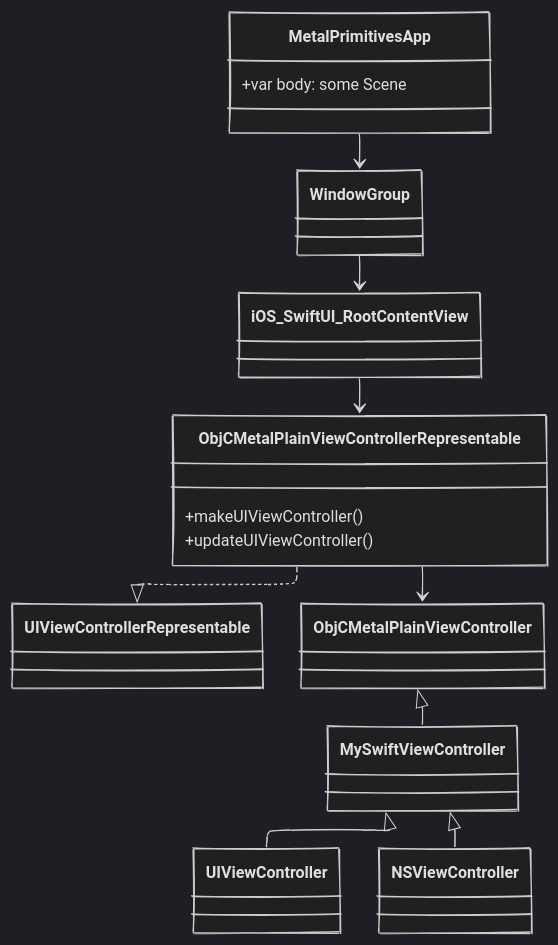
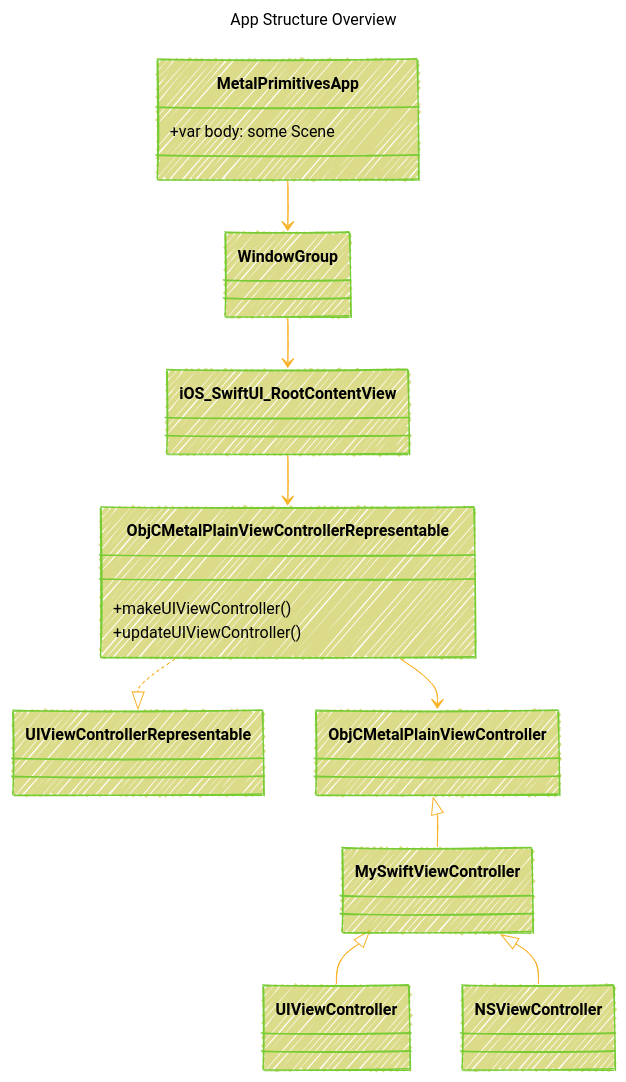
One commit to CongLeSolutionX/Metal-Primitives changed the second of 4 diagrams in README.md. Above: the diagram before and after it, drawn with Mermaid. The commit also changed other lines of this file, not shown here.

````diff
--- a/README.md
+++ b/README.md
@@ -116,34 +153,52 @@
 ```mermaid
 ---
+title: "App Structure Overview"
+author: "Cong Le"
+version: "1.0"
+license(s): "MIT, CC BY 4.0"
+copyright: "Copyright (c) 2025 Cong Le. All Rights Reserved."
 config:
-  layout: elk
   look: handDrawn
-  theme: dark
+  theme: base
 ---
+%%%%%%%% Mermaid version v11.4.1-b.14
+%%{
+  init: {
+    'classDiagram': { 'htmlLabels': false},
+    'fontFamily': 'Monospace',
+    'themeVariables': {
+      'primaryColor': '#BB28',
+      'primaryTextColor': '#000',
+      'lineColor': '#F8B229',
+      'primaryBorderColor': '#7C3',
+      'secondaryColor': '#DD15'
+    }
+  }
+}%%
 classDiagram
     %% Main App Entry Point
     class MetalPrimitivesApp {
         +var body: some Scene
     }
     MetalPrimitivesApp --> WindowGroup
 
     %% SwiftUI Views
     WindowGroup --> iOS_SwiftUI_RootContentView
     iOS_SwiftUI_RootContentView --> ObjCMetalPlainViewControllerRepresentable
 
     %% UIViewControllerRepresentable Wrapper
     class ObjCMetalPlainViewControllerRepresentable {
         +makeUIViewController()
         +updateUIViewController()
     }
     ObjCMetalPlainViewControllerRepresentable ..|> UIViewControllerRepresentable
 
     %% UIKit View Controllers
     ObjCMetalPlainViewControllerRepresentable --> ObjCMetalPlainViewController
 
     %% Typealiases and Base Classes
     class MySwiftViewController
     MySwiftViewController <|-- UIViewController
     MySwiftViewController <|-- NSViewController
     ObjCMetalPlainViewController <|-- MySwiftViewController
 ```
````
